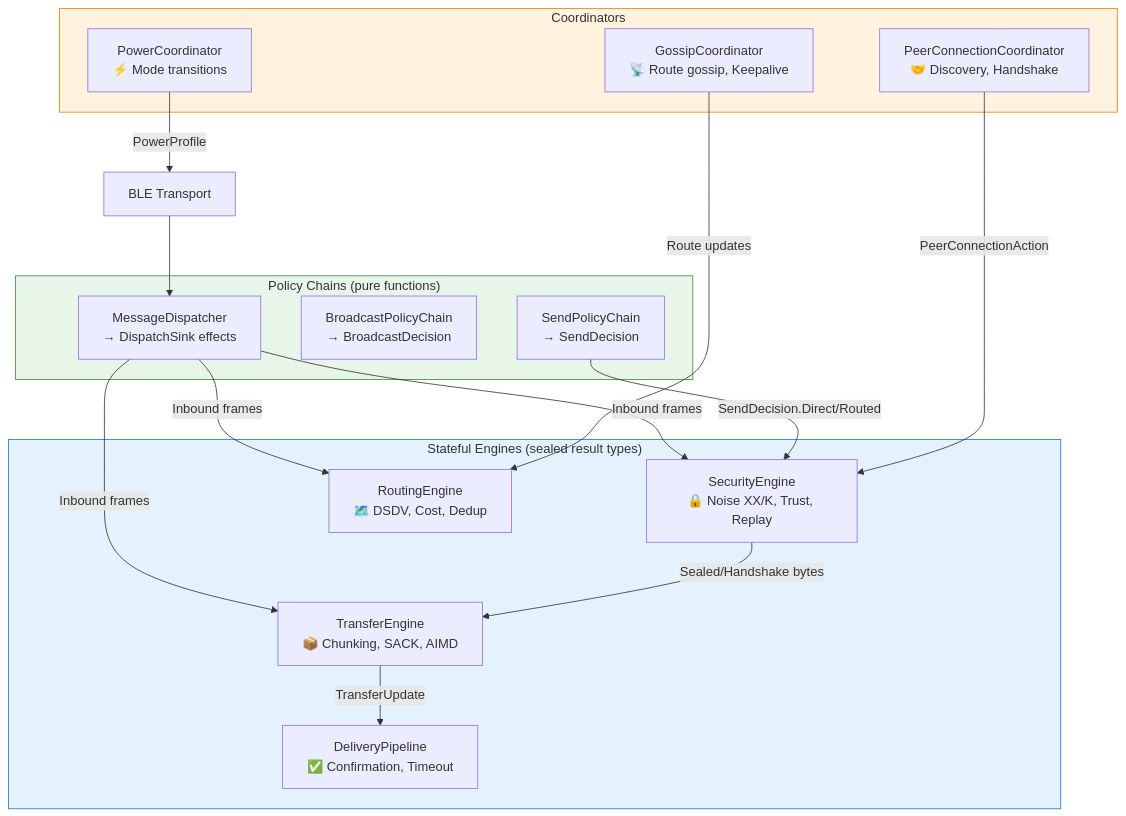
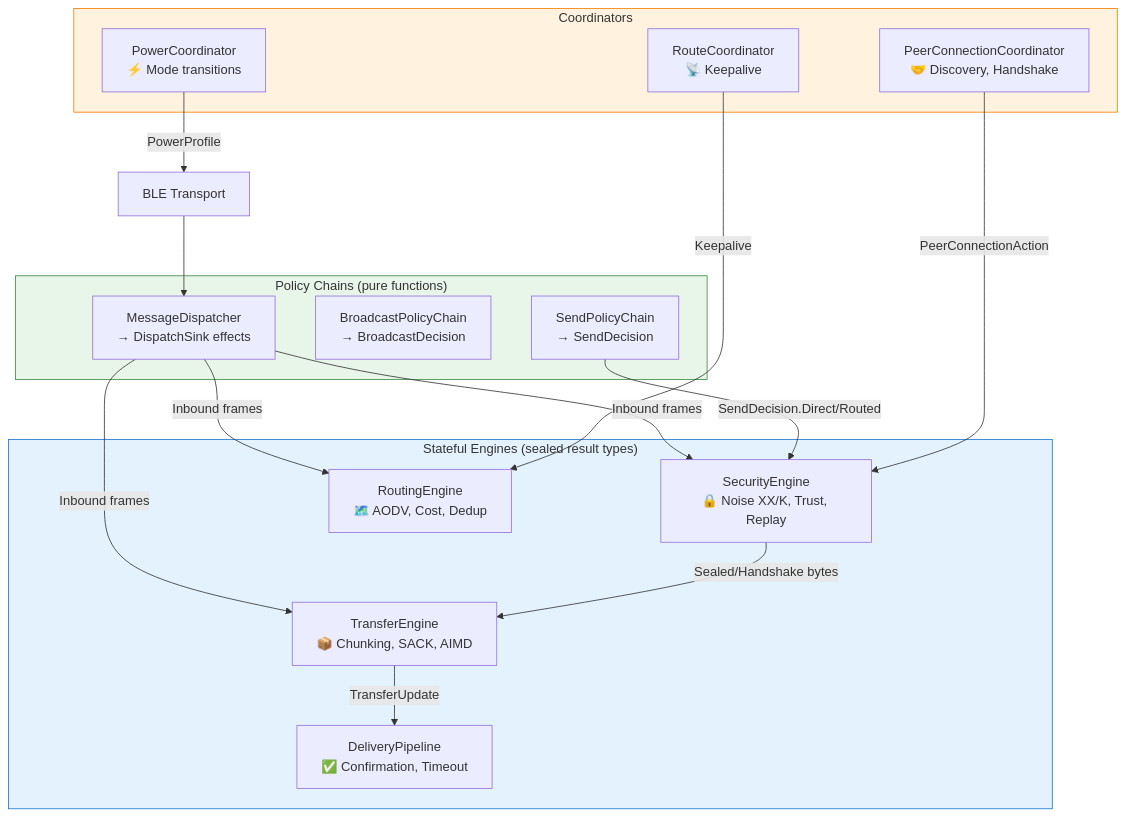
Diagram 11 of 14 in docs/diagrams.md (trancee/MeshLink), drawn with Mermaid before and after one commit. The commit also changed other lines of this file and 5 other files, not shown here.

First line of the commit message:
docs: clean up documentation — de-duplicate design.md, fix DSDV→AODV terminology across all docs

````diff
--- a/docs/diagrams.md
+++ b/docs/diagrams.md
@@ -384,36 +386,36 @@
 ```mermaid
 flowchart TD
     subgraph Facades["Stateful Engines (sealed result types)"]
         SE["SecurityEngine<br/>🔒 Noise XX/K, Trust, Replay"]
-        RE["RoutingEngine<br/>🗺️ DSDV, Cost, Dedup"]
+        RE["RoutingEngine<br/>🗺️ AODV, Cost, Dedup"]
         TE["TransferEngine<br/>📦 Chunking, SACK, AIMD"]
         DP["DeliveryPipeline<br/>✅ Confirmation, Timeout"]
     end
 
     subgraph Orchestrators["Coordinators"]
         PC["PowerCoordinator<br/>⚡ Mode transitions"]
-        GC["GossipCoordinator<br/>📡 Route gossip, Keepalive"]
+        GC["RouteCoordinator<br/>📡 Keepalive"]
         PCC["PeerConnectionCoordinator<br/>🤝 Discovery, Handshake"]
     end
 
     subgraph Chains["Policy Chains (pure functions)"]
         SPC["SendPolicyChain<br/>→ SendDecision"]
         BPC["BroadcastPolicyChain<br/>→ BroadcastDecision"]
         MD["MessageDispatcher<br/>→ DispatchSink effects"]
     end
 
     BLE["BLE Transport"]
 
     BLE --> MD
     MD -->|"Inbound frames"| TE & SE & RE
     SPC -->|"SendDecision.Direct/Routed"| SE
     SE -->|"Sealed/Handshake bytes"| TE
     TE -->|"TransferUpdate"| DP
-    GC -->|"Route updates"| RE
+    GC -->|"Keepalive"| RE
     PCC -->|"PeerConnectionAction"| SE
     PC -->|"PowerProfile"| BLE
 
     style Facades fill:#e3f2fd,stroke:#1976d2
     style Orchestrators fill:#fff3e0,stroke:#f57c00
     style Chains fill:#e8f5e9,stroke:#388e3c
 ```
````
